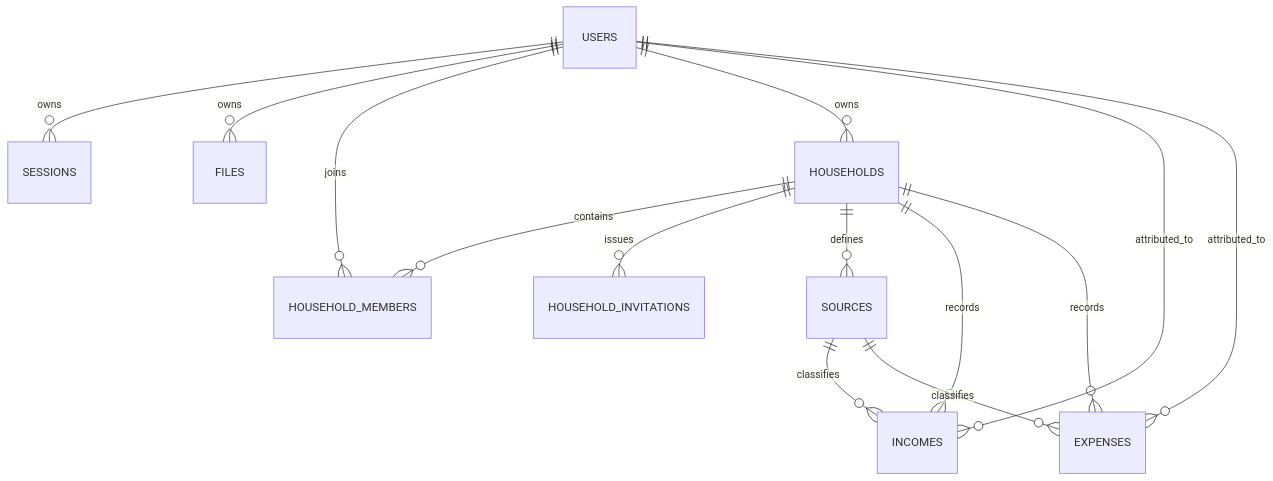
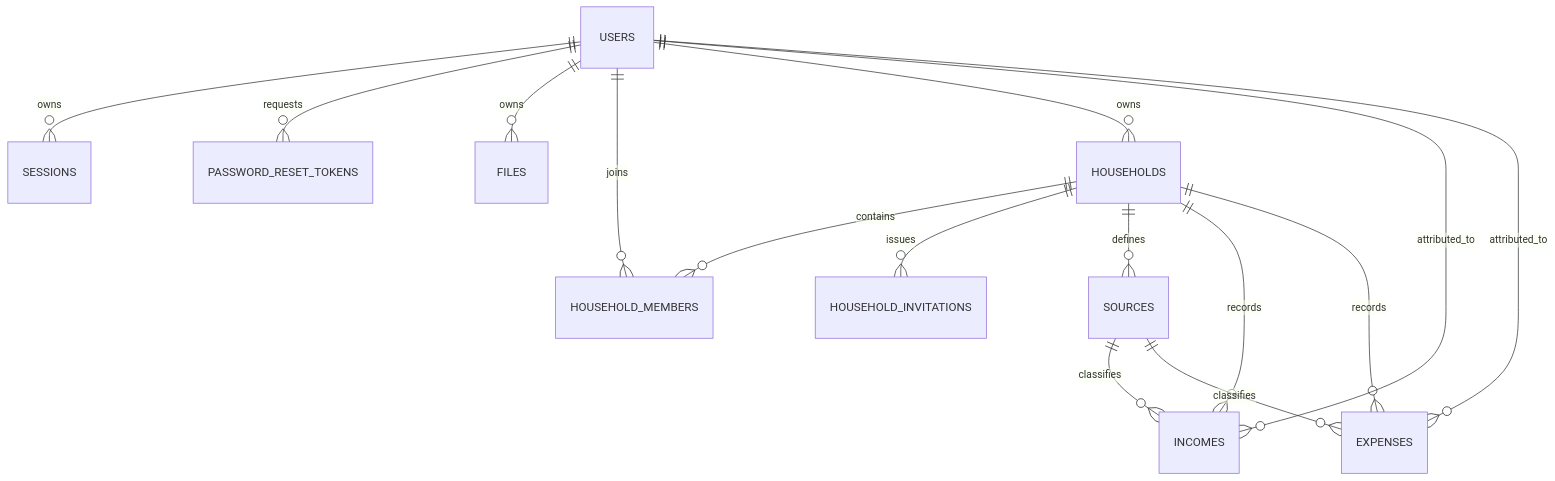
Before and after one commit to lsahatqija/monthloom: the third of 4 diagrams in docs/architecture.md, drawn with Mermaid. The commit also changed other lines of this file and 39 other files, not shown here.

Commit message:
Email templates, sending and password reset

````diff
--- a/docs/architecture.md
+++ b/docs/architecture.md
@@ -280,16 +286,17 @@
 ```mermaid
 erDiagram
     USERS ||--o{ SESSIONS : owns
+    USERS ||--o{ PASSWORD_RESET_TOKENS : requests
     USERS ||--o{ FILES : owns
     USERS ||--o{ HOUSEHOLD_MEMBERS : joins
     USERS ||--o{ HOUSEHOLDS : owns
     HOUSEHOLDS ||--o{ HOUSEHOLD_MEMBERS : contains
     HOUSEHOLDS ||--o{ HOUSEHOLD_INVITATIONS : issues
     HOUSEHOLDS ||--o{ SOURCES : defines
     HOUSEHOLDS ||--o{ INCOMES : records
     HOUSEHOLDS ||--o{ EXPENSES : records
     SOURCES ||--o{ INCOMES : classifies
     SOURCES ||--o{ EXPENSES : classifies
     USERS ||--o{ INCOMES : attributed_to
     USERS ||--o{ EXPENSES : attributed_to
 ```
````
